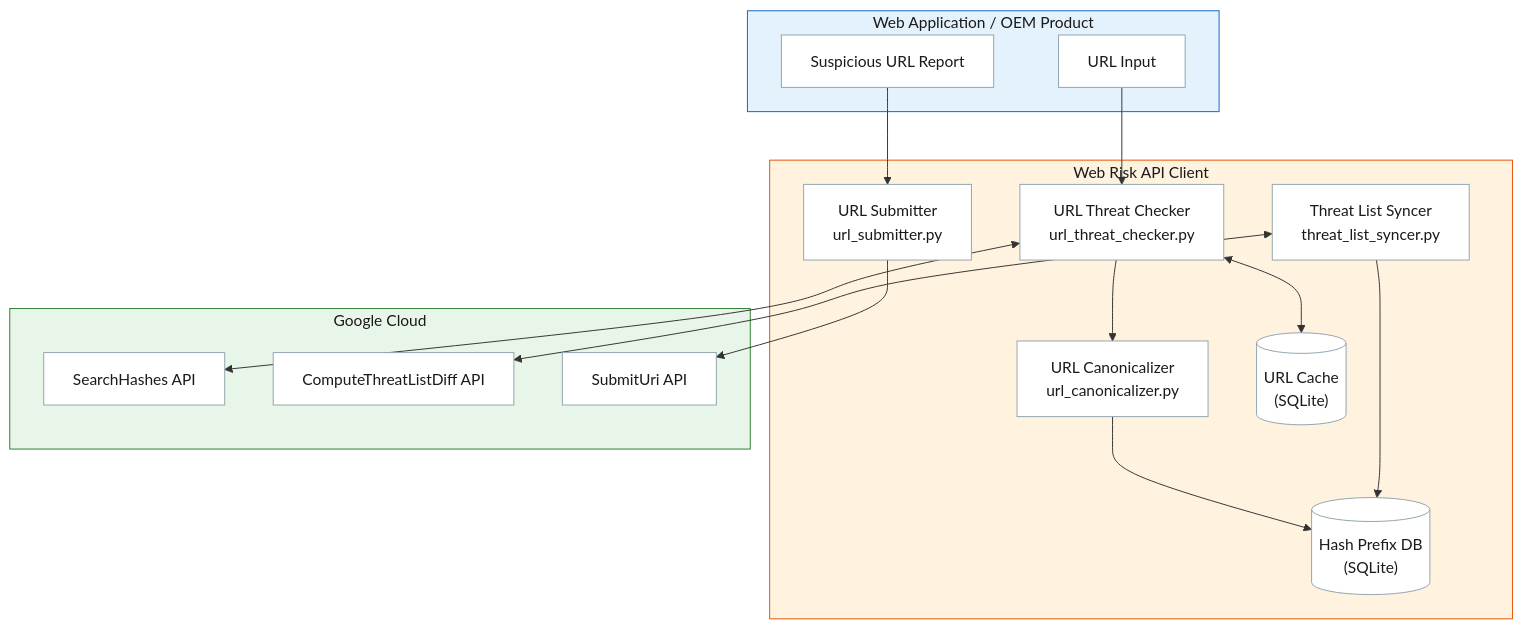
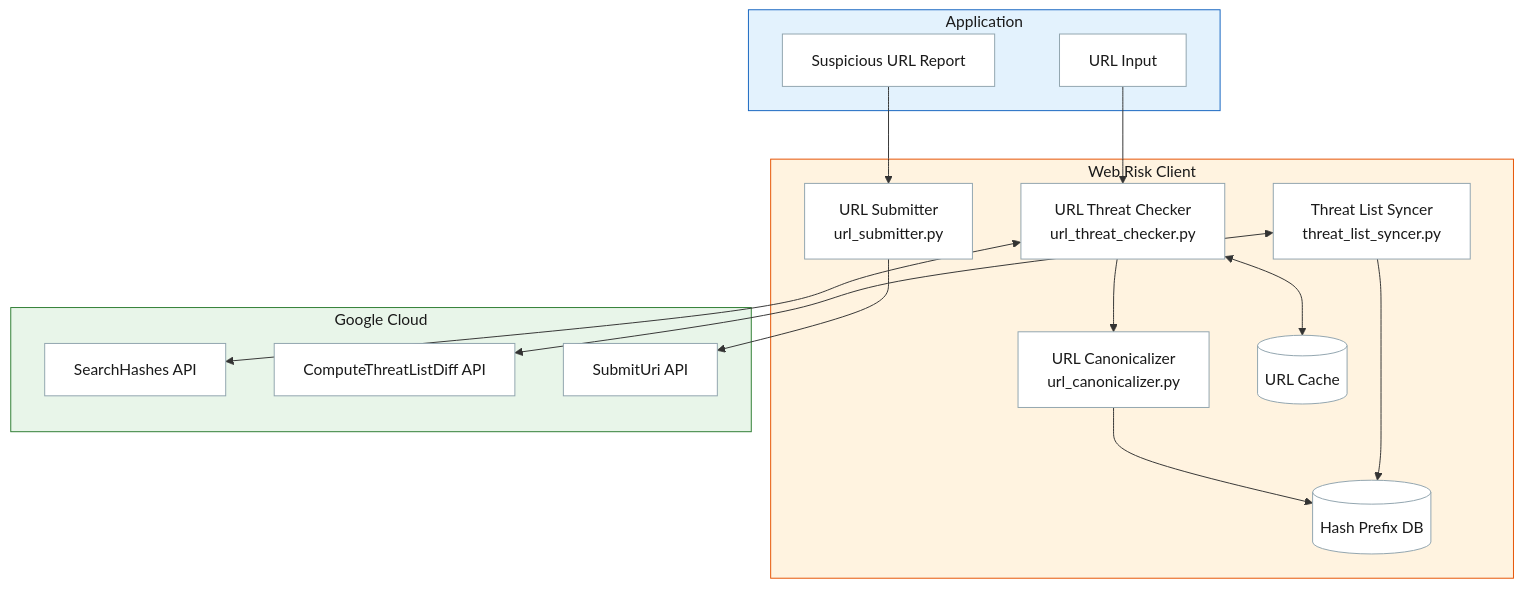
The first of 9 diagrams in WORKFLOW_GUIDE.md (kataroya/web-risk-cli), drawn with Mermaid before and after one commit. The commit also changed other lines of this file, not shown here.

Commit message:
refactor: Simplify flowchart labels and improve readability in Workflow Guide

````diff
--- a/WORKFLOW_GUIDE.md
+++ b/WORKFLOW_GUIDE.md
@@ -38,47 +38,47 @@
 ```mermaid
 graph TB
-    subgraph APP["Web Application / OEM Product"]
+    subgraph APP["Application"]
         URL_INPUT["URL Input"]
         SUSPICIOUS["Suspicious URL Report"]
     end
 
-    subgraph CLIENT["Web Risk API Client"]
+    subgraph CLIENT["Web Risk Client"]
         CHECKER["URL Threat Checker<br/>url_threat_checker.py"]
         CANON["URL Canonicalizer<br/>url_canonicalizer.py"]
         SYNCER["Threat List Syncer<br/>threat_list_syncer.py"]
         SUBMITTER["URL Submitter<br/>url_submitter.py"]
-        CACHE[("URL Cache<br/>(SQLite)")]
-        HASHDB[("Hash Prefix DB<br/>(SQLite)")]
+        CACHE[("URL Cache")]
+        HASHDB[("Hash Prefix DB")]
     end
 
     subgraph GOOGLE["Google Cloud"]
         SEARCH_API["SearchHashes API"]
         DIFF_API["ComputeThreatListDiff API"]
         SUBMIT_API["SubmitUri API"]
     end
 
     URL_INPUT --> CHECKER
     CHECKER <--> CACHE
     CHECKER --> CANON
     CHECKER <--> SEARCH_API
     CANON --> HASHDB
     SYNCER <--> DIFF_API
     SYNCER --> HASHDB
     SUSPICIOUS --> SUBMITTER
     SUBMITTER --> SUBMIT_API
 
     style APP fill:#e3f2fd,stroke:#1565c0,color:#1a1a1a
     style CLIENT fill:#fff3e0,stroke:#e65100,color:#1a1a1a
     style GOOGLE fill:#e8f5e9,stroke:#2e7d32,color:#1a1a1a
     style URL_INPUT fill:#ffffff,stroke:#90a4ae,color:#1a1a1a
     style SUSPICIOUS fill:#ffffff,stroke:#90a4ae,color:#1a1a1a
     style CHECKER fill:#ffffff,stroke:#90a4ae,color:#1a1a1a
     style CANON fill:#ffffff,stroke:#90a4ae,color:#1a1a1a
     style SYNCER fill:#ffffff,stroke:#90a4ae,color:#1a1a1a
     style SUBMITTER fill:#ffffff,stroke:#90a4ae,color:#1a1a1a
     style CACHE fill:#ffffff,stroke:#90a4ae,color:#1a1a1a
     style HASHDB fill:#ffffff,stroke:#90a4ae,color:#1a1a1a
     style SEARCH_API fill:#ffffff,stroke:#90a4ae,color:#1a1a1a
     style DIFF_API fill:#ffffff,stroke:#90a4ae,color:#1a1a1a
     style SUBMIT_API fill:#ffffff,stroke:#90a4ae,color:#1a1a1a
 ```
````
